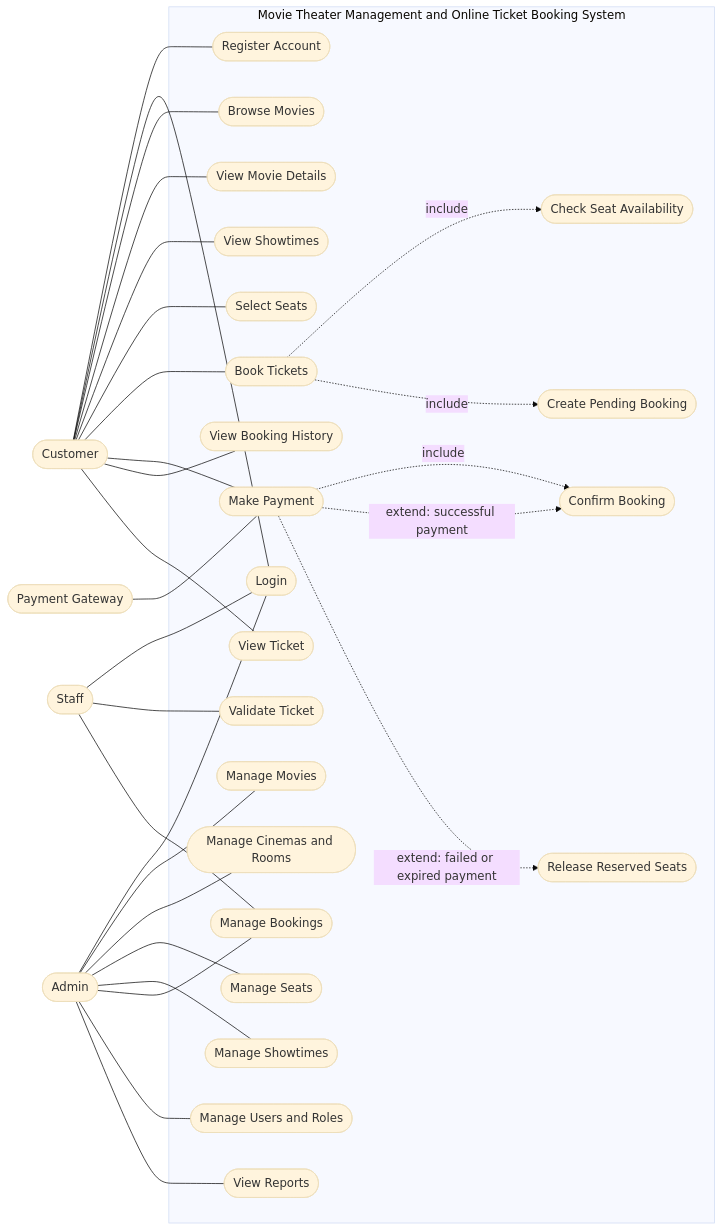
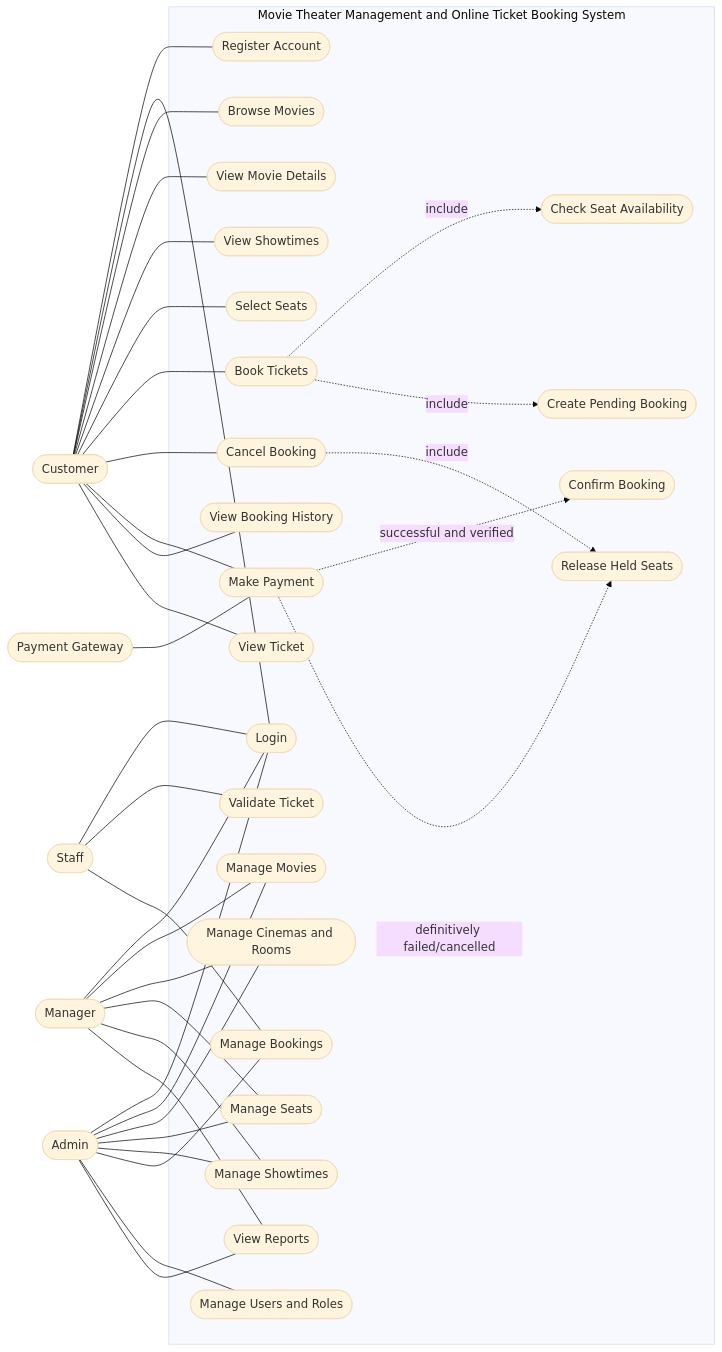
One commit to Madmad-rrj/Movie-Theater-Management-and-Online-Ticket-Booking-System changed the diagram in docs/analysis and design/business-system-design.md. Above: the diagram before and after it, drawn with Mermaid (base theme). The commit also changed other lines of this file, not shown here.

````diff
--- a/docs/analysis and design/business-system-design.md
+++ b/docs/analysis and design/business-system-design.md
@@ -59,66 +75,76 @@
 ```mermaid
 flowchart LR
     Customer([Customer])
     Staff([Staff])
+    Manager([Manager])
     Admin([Admin])
     Gateway([Payment Gateway])
 
     subgraph System["Movie Theater Management and Online Ticket Booking System"]
         Register([Register Account])
         Login([Login])
         Browse([Browse Movies])
         Details([View Movie Details])
         Showtimes([View Showtimes])
         Seats([Select Seats])
         Booking([Book Tickets])
+        CancelBooking([Cancel Booking])
         Payment([Make Payment])
         History([View Booking History])
         Ticket([View Ticket])
 
         Movies([Manage Movies])
         Rooms([Manage Cinemas and Rooms])
         ManageSeats([Manage Seats])
         ManageShowtimes([Manage Showtimes])
         ManageBookings([Manage Bookings])
         Validate([Validate Ticket])
         Users([Manage Users and Roles])
         Reports([View Reports])
 
         CheckAvailability([Check Seat Availability])
         CreateBooking([Create Pending Booking])
         ConfirmBooking([Confirm Booking])
-        ReleaseSeats([Release Reserved Seats])
+        ReleaseSeats([Release Held Seats])
     end
 
     Customer --- Register
     Customer --- Login
     Customer --- Browse
     Customer --- Details
     Customer --- Showtimes
     Customer --- Seats
     Customer --- Booking
+    Customer --- CancelBooking
     Customer --- Payment
     Customer --- History
     Customer --- Ticket
 
     Staff --- Login
     Staff --- Validate
     Staff --- ManageBookings
+
+    Manager --- Login
+    Manager --- Movies
+    Manager --- Rooms
+    Manager --- ManageSeats
+    Manager --- ManageShowtimes
+    Manager --- Reports
 
     Admin --- Login
     Admin --- Movies
     Admin --- Rooms
     Admin --- ManageSeats
     Admin --- ManageShowtimes
     Admin --- ManageBookings
     Admin --- Users
     Admin --- Reports
 
     Gateway --- Payment
 
     Booking -.->|include| CheckAvailability
     Booking -.->|include| CreateBooking
-    Payment -.->|include| ConfirmBooking
-    Payment -.->|extend: successful payment| ConfirmBooking
-    Payment -.->|extend: failed or expired payment| ReleaseSeats
+    CancelBooking -.->|include| ReleaseSeats
+    Payment -.->|successful and verified| ConfirmBooking
+    Payment -.->|definitively failed/cancelled| ReleaseSeats
 ```
````
